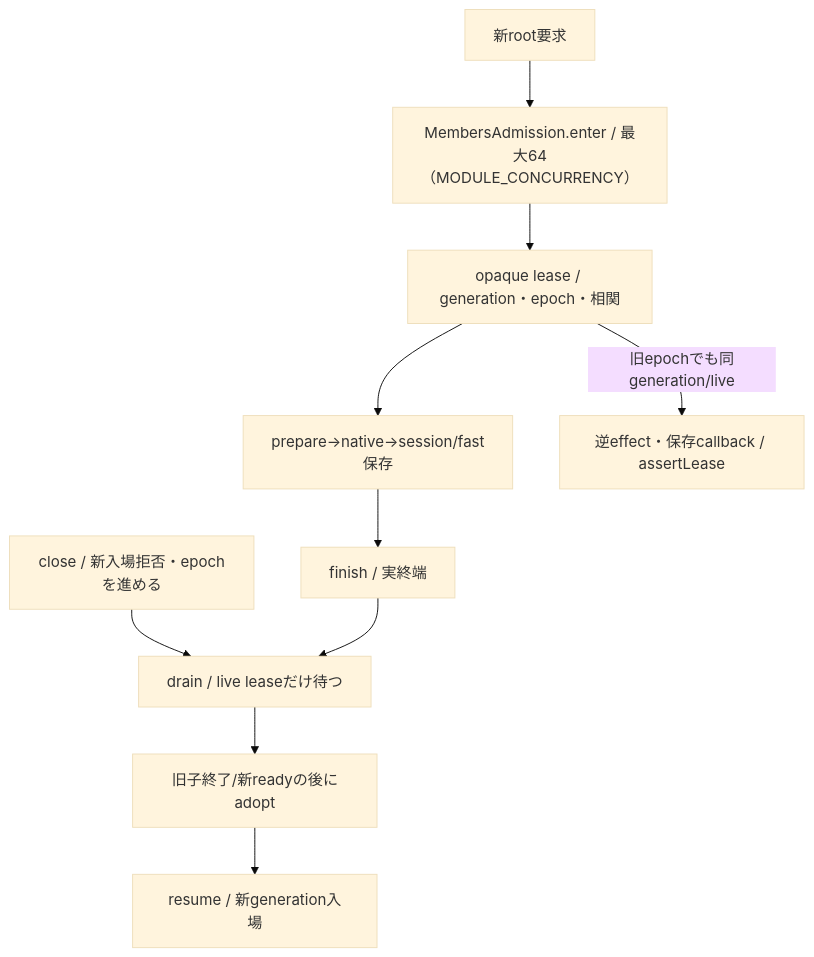
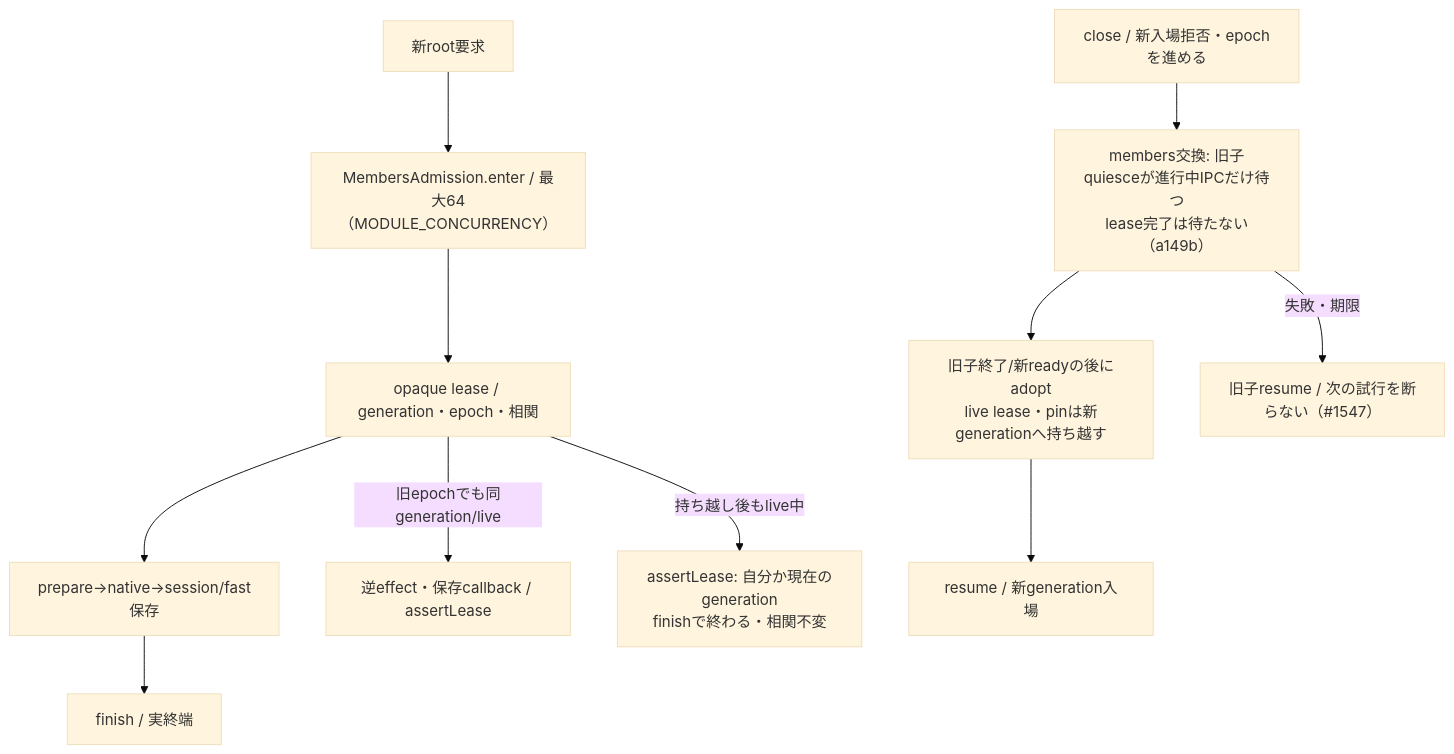
Before and after one commit to kitepon/BellTeam: the first of 3 diagrams in docs/architecture/modules/execution/members-admission.md, drawn with Mermaid (base theme). The commit also changed other lines of this file and 7 other files, not shown here.

````diff
--- a/docs/architecture/modules/execution/members-admission.md
+++ b/docs/architecture/modules/execution/members-admission.md
@@ -5,12 +5,13 @@
 ```mermaid
 flowchart TD
   New[新root要求] --> Enter[MembersAdmission.enter / 最大64（MODULE_CONCURRENCY）]
   Enter --> Lease[opaque lease / generation・epoch・相関]
   Lease --> Work[prepare→native→session/fast保存]
   Work --> Finish[finish / 実終端]
-  Close[close / 新入場拒否・epochを進める] --> Drain[drain / live leaseだけ待つ]
+  Close[close / 新入場拒否・epochを進める] --> Quiesce[members交換: 旧子quiesceが進行中IPCだけ待つ<br/>lease完了は待たない（a149b）]
   Lease -->|旧epochでも同generation/live| Callback[逆effect・保存callback / assertLease]
-  Finish --> Drain
-  Drain --> Adopt[旧子終了/新readyの後にadopt]
+  Quiesce --> Adopt[旧子終了/新readyの後にadopt<br/>live lease・pinは新generationへ持ち越す]
   Adopt --> Resume[resume / 新generation入場]
+  Quiesce -->|失敗・期限| Back[旧子resume / 次の試行を断らない（#1547）]
+  Lease -->|持ち越し後もlive中| Carried[assertLease: 自分か現在のgeneration<br/>finishで終わる・相関不変]
 ```
````
